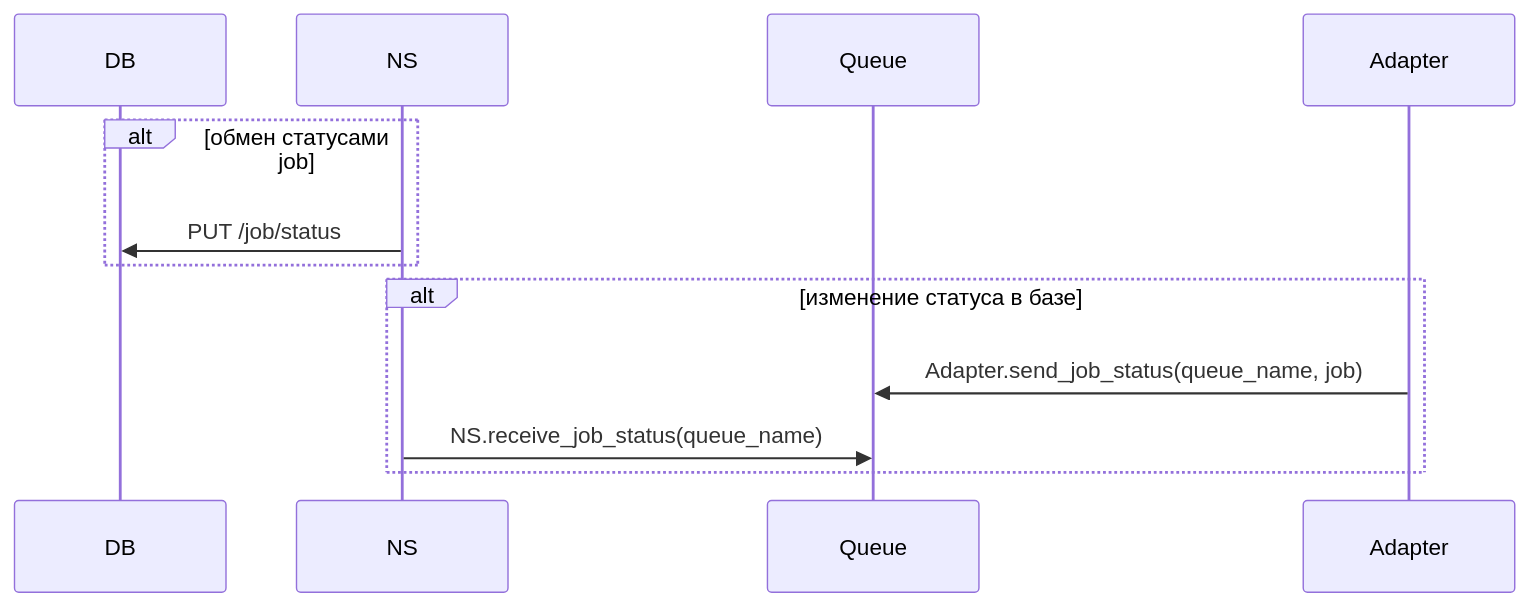
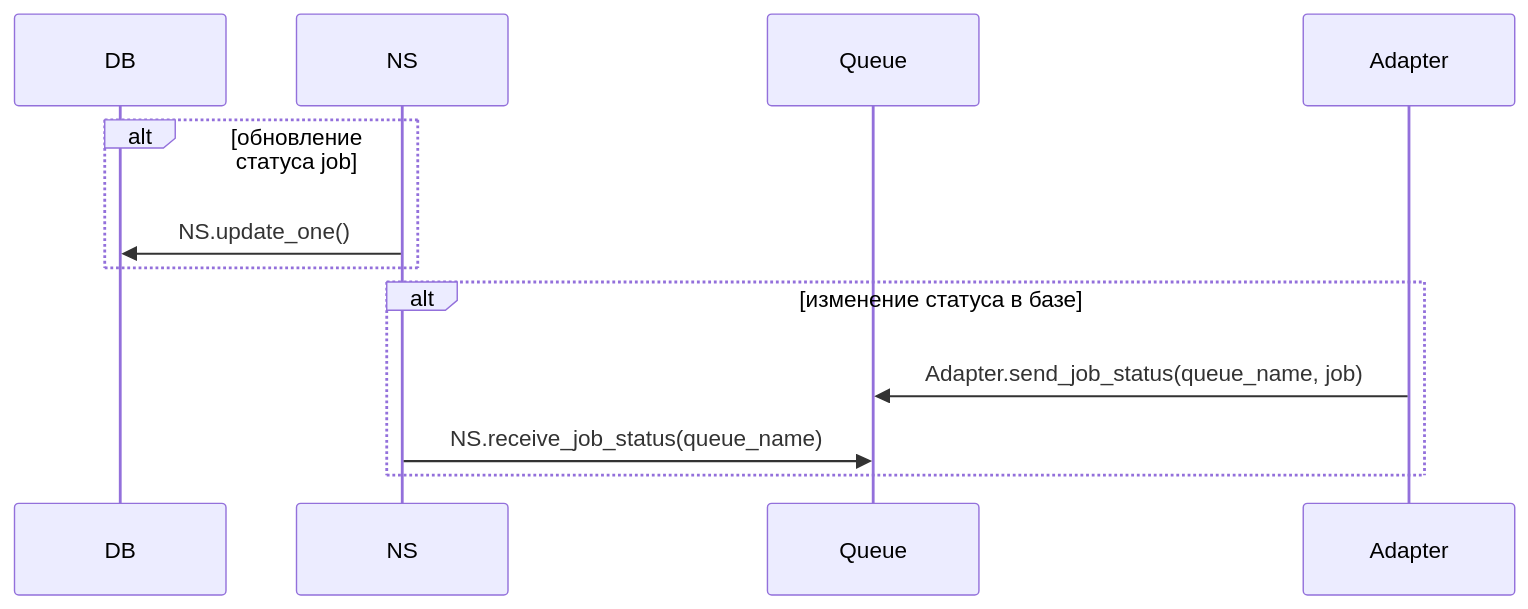
The fourth of 4 diagrams in ns-sequence-diagram-rmq.md (Timo4ey/ns), drawn with Mermaid before and after one commit.

Commit message:
[fix] поменял в диаграме 'Изменение статуса job' PUT/user/status на метод NS NS.update_one()

````diff
--- a/ns-sequence-diagram-rmq.md
+++ b/ns-sequence-diagram-rmq.md
@@ -94,17 +94,17 @@
 ```mermaid
 
 sequenceDiagram
     participant DB
     participant NS
     participant Queue
     participant Adapter
 
 
-    alt обмен статусами job
-        NS ->> DB: PUT /job/status
+    alt обновление статуса job
+        NS ->> DB: NS.update_one()
     end
     alt изменение статуса в базе
         Adapter ->> Queue:Adapter.send_job_status(queue_name, job)
         NS ->> Queue: NS.receive_job_status(queue_name)
     end
 ```
````
